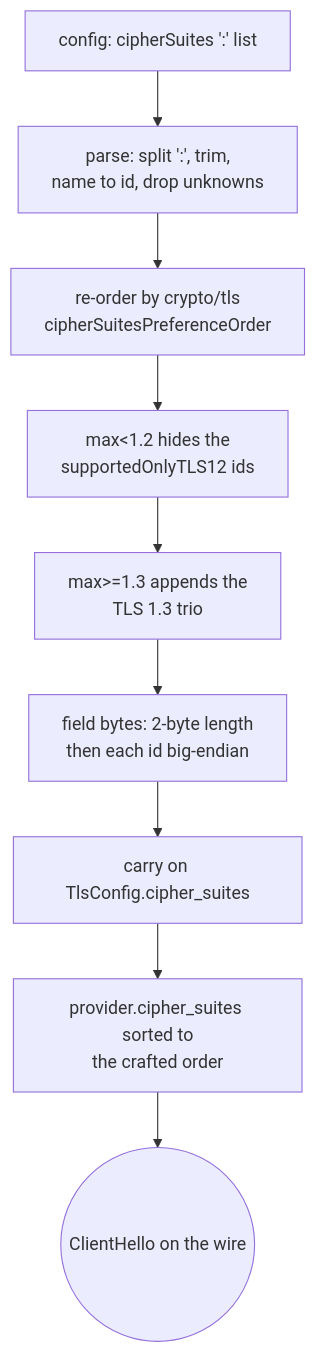
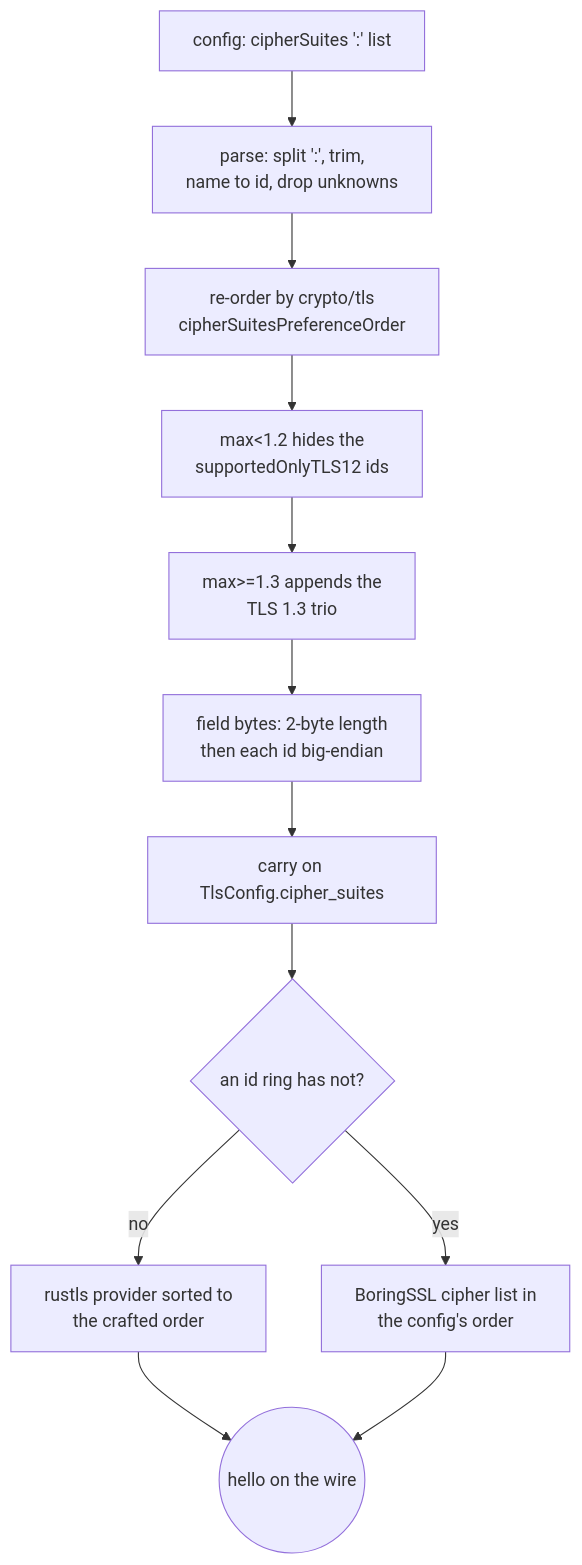
Before and after one commit to Ferrocite/ferrox: the diagram in docs/function/tls-cipher-suites.md, drawn with Mermaid. The commit also changed other lines of this file and 7 other files, not shown here.

First line of the commit message:
tls: carry the TLS 1.2 half of cipherSuites on both roles

````diff
--- a/docs/function/tls-cipher-suites.md
+++ b/docs/function/tls-cipher-suites.md
@@ -9,11 +9,14 @@
 ```mermaid
 graph TD
     C["config: cipherSuites ':' list"] --> P["parse: split ':', trim,<br/>name to id, drop unknowns"]
     P --> R["re-order by crypto/tls<br/>cipherSuitesPreferenceOrder"]
     R --> V["max<1.2 hides the<br/>supportedOnlyTLS12 ids"]
     V --> T["max>=1.3 appends the<br/>TLS 1.3 trio"]
     T --> F["field bytes: 2-byte length<br/>then each id big-endian"]
     F --> E["carry on TlsConfig.cipher_suites"]
-    E --> B["provider.cipher_suites sorted to<br/>the crafted order"]
-    B --> W(("ClientHello on the wire"))
+    E --> S{"an id ring has not?"}
+    S -->|no| B["rustls provider sorted to<br/>the crafted order"]
+    S -->|yes| L["BoringSSL cipher list in<br/>the config's order"]
+    B --> W(("hello on the wire"))
+    L --> W
 ```
````
